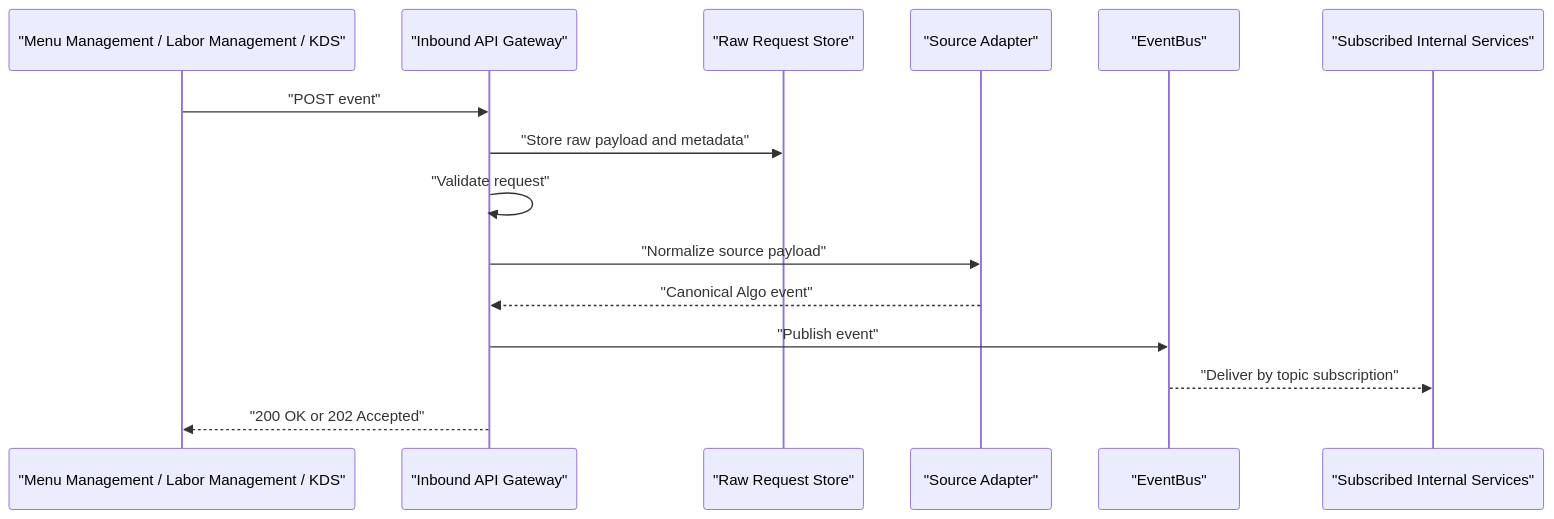
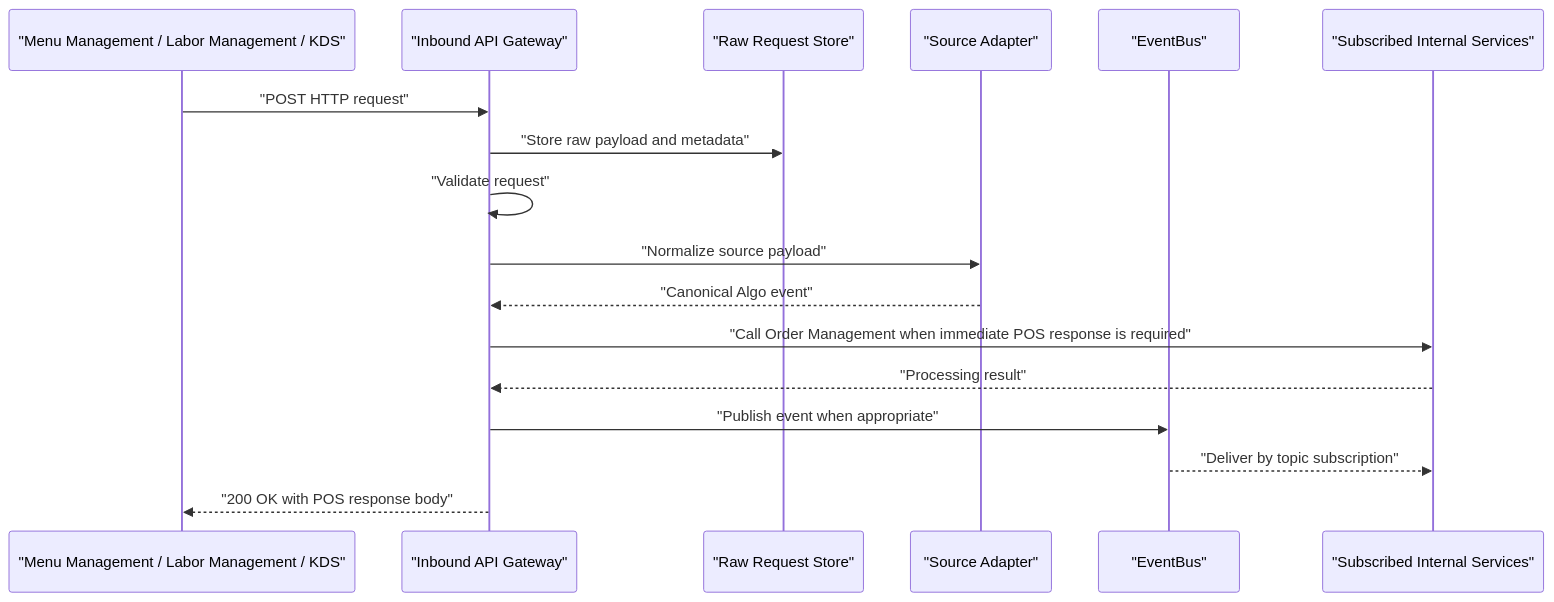
The second of 2 diagrams in CLAUDE.md (Avielpo3/algo-4), drawn with Mermaid before and after one commit. The commit also changed other lines of this file and 2 other files, not shown here.

First line of the commit message:
docs: update inbound API gateway architecture

````diff
--- a/CLAUDE.md
+++ b/CLAUDE.md
@@ -277,18 +333,20 @@
 ```mermaid
 sequenceDiagram
   participant Source as "Menu Management / Labor Management / KDS"
   participant Gateway as "Inbound API Gateway"
   participant RawStore as "Raw Request Store"
   participant Adapter as "Source Adapter"
   participant Bus as "EventBus"
   participant Service as "Subscribed Internal Services"
 
-  Source->>Gateway: "POST event"
+  Source->>Gateway: "POST HTTP request"
   Gateway->>RawStore: "Store raw payload and metadata"
   Gateway->>Gateway: "Validate request"
   Gateway->>Adapter: "Normalize source payload"
   Adapter-->>Gateway: "Canonical Algo event"
-  Gateway->>Bus: "Publish event"
+  Gateway->>Service: "Call Order Management when immediate POS response is required"
+  Service-->>Gateway: "Processing result"
+  Gateway->>Bus: "Publish event when appropriate"
   Bus-->>Service: "Deliver by topic subscription"
-  Gateway-->>Source: "200 OK or 202 Accepted"
+  Gateway-->>Source: "200 OK with POS response body"
 ```
````
